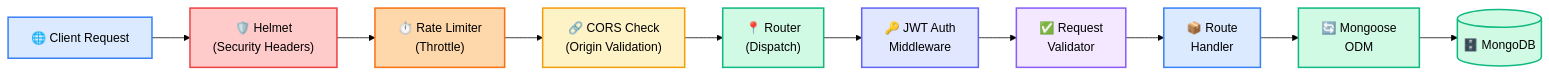
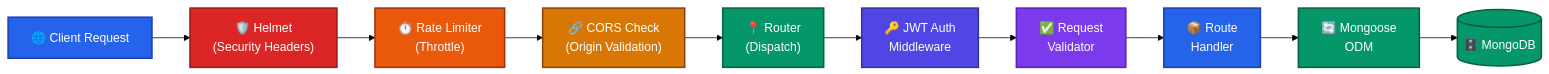
Before and after one commit to Deepak1230987/Laboratory-Management-App: the second of 4 diagrams in README.md, drawn with Mermaid (forest theme). The commit also changed other lines of this file, not shown here.

Commit message:
docs: update the color palette for mermaid diagrams in README.md.

````diff
--- a/README.md
+++ b/README.md
@@ -134,23 +134,23 @@
 ```mermaid
 graph LR
     A["🌐 Client Request"] --> B["🛡️ Helmet\n(Security Headers)"]
     B --> C["⏱️ Rate Limiter\n(Throttle)"]
     C --> D["🔗 CORS Check\n(Origin Validation)"]
     D --> E["📍 Router\n(Dispatch)"]
     E --> F["🔑 JWT Auth\nMiddleware"]
     F --> G["✅ Request\nValidator"]
     G --> H["📦 Route\nHandler"]
     H --> I["🔄 Mongoose\nODM"]
     I --> J[("🗄️ MongoDB")]
 
-    style A fill:#dbeafe,stroke:#3b82f6,stroke-width:2px
-    style B fill:#fecaca,stroke:#ef4444,stroke-width:2px
-    style C fill:#fed7aa,stroke:#f97316,stroke-width:2px
-    style D fill:#fef3c7,stroke:#f59e0b,stroke-width:2px
-    style E fill:#d1fae5,stroke:#10b981,stroke-width:2px
-    style F fill:#e0e7ff,stroke:#6366f1,stroke-width:2px
-    style G fill:#f3e8ff,stroke:#8b5cf6,stroke-width:2px
-    style H fill:#dbeafe,stroke:#3b82f6,stroke-width:2px
-    style I fill:#d1fae5,stroke:#10b981,stroke-width:2px
-    style J fill:#d1fae5,stroke:#10b981,stroke-width:2px
+    style A fill:#2563eb,stroke:#1e40af,stroke-width:2px,color:#fff
+    style B fill:#dc2626,stroke:#991b1b,stroke-width:2px,color:#fff
+    style C fill:#ea580c,stroke:#9a3412,stroke-width:2px,color:#fff
+    style D fill:#d97706,stroke:#92400e,stroke-width:2px,color:#fff
+    style E fill:#059669,stroke:#065f46,stroke-width:2px,color:#fff
+    style F fill:#4f46e5,stroke:#3730a3,stroke-width:2px,color:#fff
+    style G fill:#7c3aed,stroke:#5b21b6,stroke-width:2px,color:#fff
+    style H fill:#2563eb,stroke:#1e40af,stroke-width:2px,color:#fff
+    style I fill:#059669,stroke:#065f46,stroke-width:2px,color:#fff
+    style J fill:#059669,stroke:#065f46,stroke-width:2px,color:#fff
 ```
````
